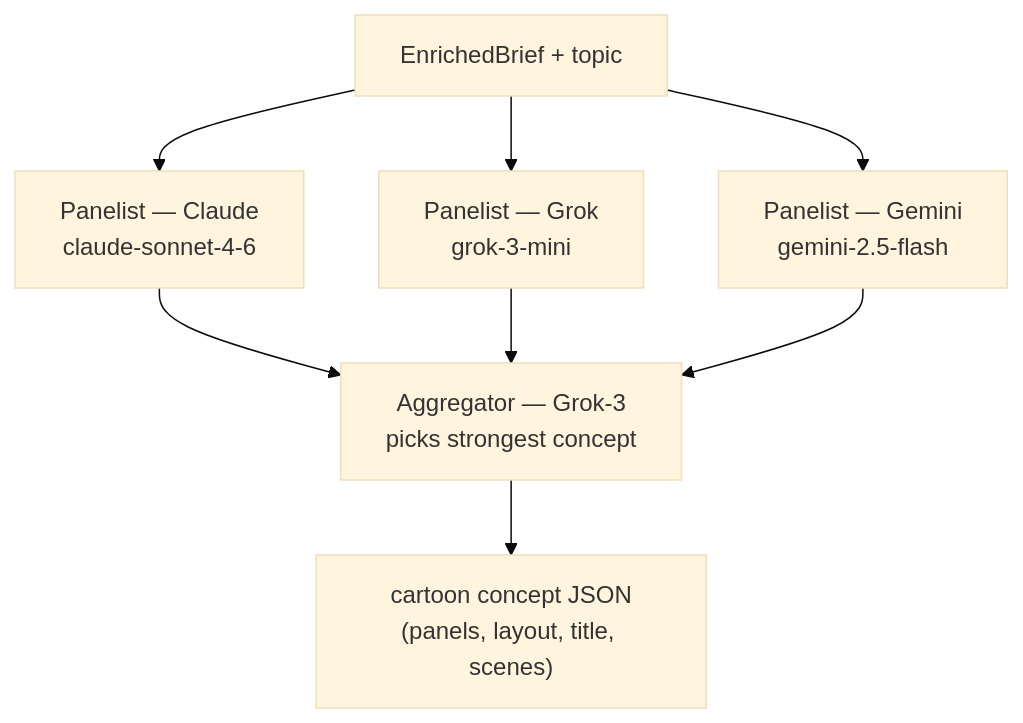
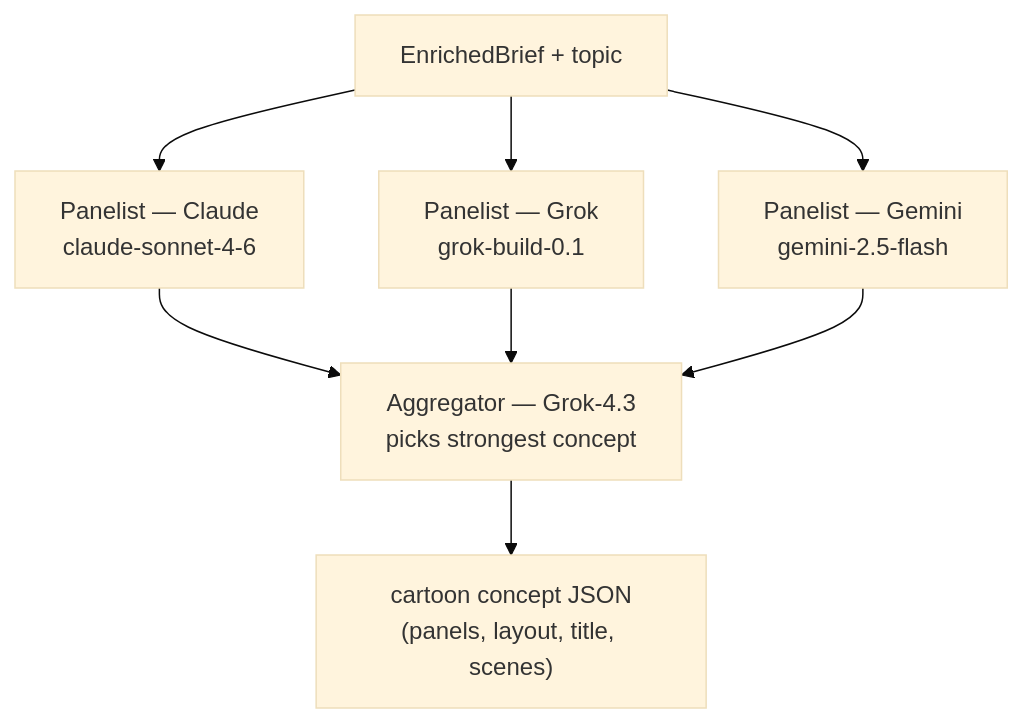
One commit to josemrsantos/gata changed the fifth of 9 diagrams in docs/architecture.md. Above: the diagram before and after it, drawn with Mermaid (base theme). The commit also changed other lines of this file and 22 other files, not shown here.

````diff
--- a/docs/architecture.md
+++ b/docs/architecture.md
@@ -228,15 +228,15 @@
 ```mermaid
 flowchart TD
     IN["EnrichedBrief + topic"]
     P1["Panelist — Claude\nclaude-sonnet-4-6"]
-    P2["Panelist — Grok\ngrok-3-mini"]
+    P2["Panelist — Grok\ngrok-build-0.1"]
     P3["Panelist — Gemini\ngemini-2.5-flash"]
-    AGG["Aggregator — Grok-3\npicks strongest concept"]
+    AGG["Aggregator — Grok-4.3\npicks strongest concept"]
     OUT["cartoon concept JSON\n(panels, layout, title, scenes)"]
 
     IN --> P1 & P2 & P3
     P1 --> AGG
     P2 --> AGG
     P3 --> AGG
     AGG --> OUT
 ```
````
